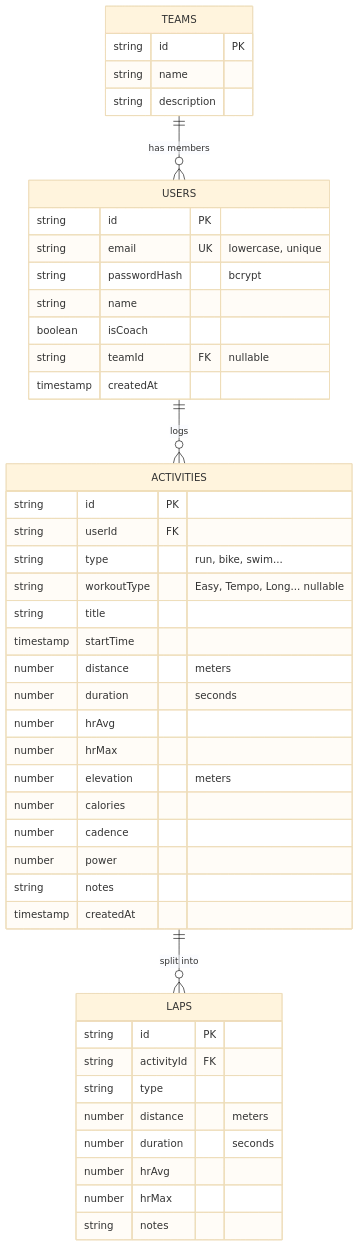
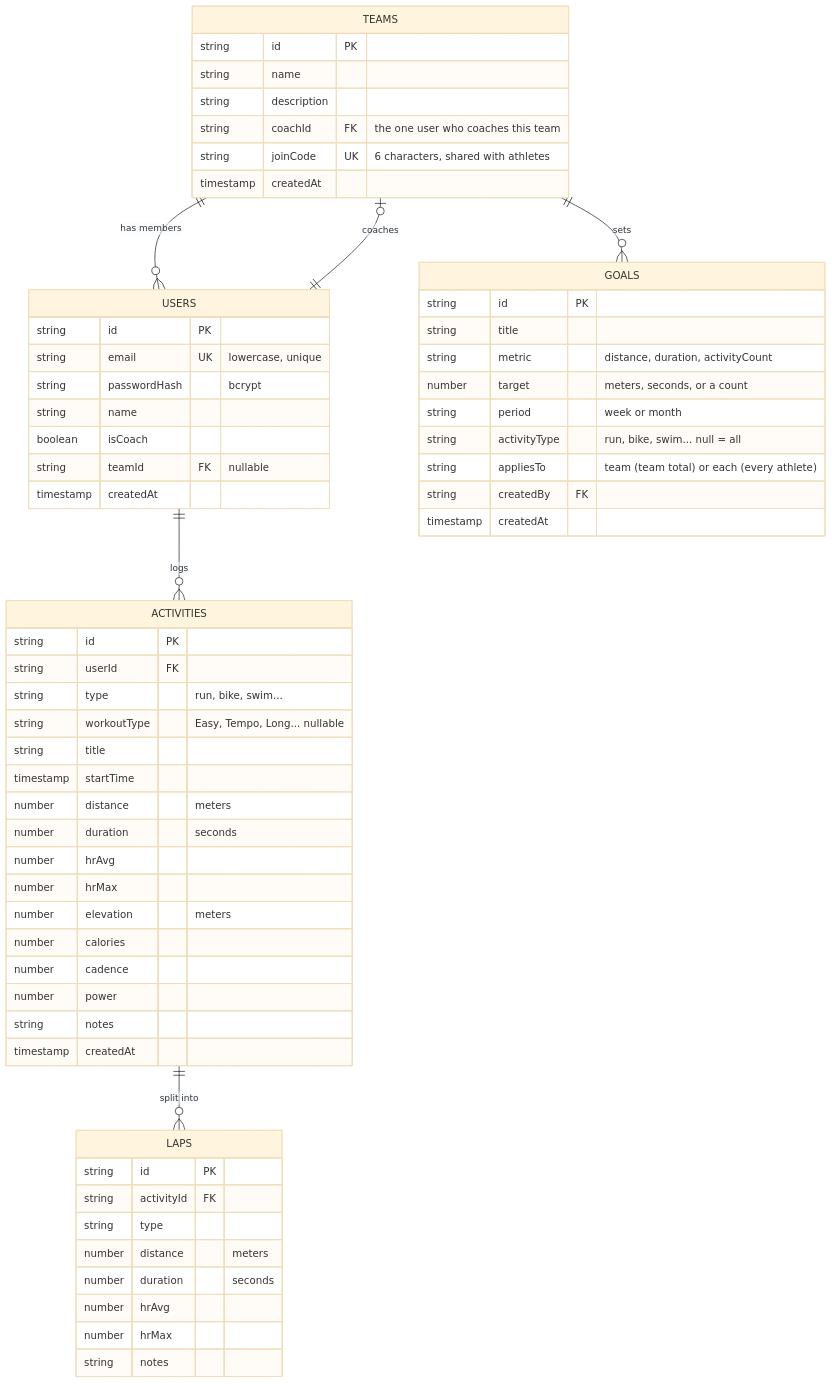
Before and after one commit to Etown-CS310/StrideX-Training: the diagram in README.md, drawn with Mermaid (base theme). The commit also changed other lines of this file and 8 other files, not shown here.

````diff
--- a/README.md
+++ b/README.md
@@ -86,49 +88,65 @@
 ```mermaid
 erDiagram
     TEAMS ||--o{ USERS : "has members"
+    USERS ||--o| TEAMS : "coaches"
+    TEAMS ||--o{ GOALS : "sets"
     USERS ||--o{ ACTIVITIES : "logs"
     ACTIVITIES ||--o{ LAPS : "split into"
 
     TEAMS {
         string id PK
         string name
         string description
+        string coachId FK "the one user who coaches this team"
+        string joinCode UK "6 characters, shared with athletes"
+        timestamp createdAt
+    }
+    GOALS {
+        string id PK
+        string title
+        string metric "distance, duration, activityCount"
+        number target "meters, seconds, or a count"
+        string period "week or month"
+        string activityType "run, bike, swim... null = all"
+        string appliesTo "team (team total) or each (every athlete)"
+        string createdBy FK
+        timestamp createdAt
     }
     USERS {
         string id PK
         string email UK "lowercase, unique"
         string passwordHash "bcrypt"
         string name
         boolean isCoach
         string teamId FK "nullable"
         timestamp createdAt
     }
     ACTIVITIES {
         string id PK
         string userId FK
         string type "run, bike, swim..."
         string workoutType "Easy, Tempo, Long... nullable"
         string title
         timestamp startTime
         number distance "meters"
         number duration "seconds"
         number hrAvg
         number hrMax
         number elevation "meters"
         number calories
         number cadence
         number power
         string notes
         timestamp createdAt
     }
     LAPS {
         string id PK
         string activityId FK
         string type
         number distance "meters"
         number duration "seconds"
         number hrAvg
         number hrMax
         string notes
     }
 ```
````
